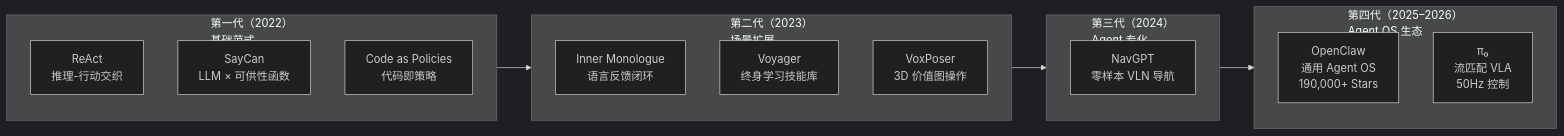
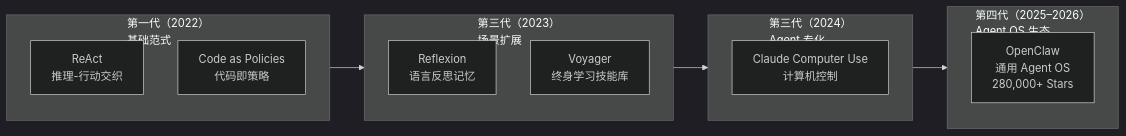
One commit to TingdeLiu/tingdeliu.github.io changed the seventh of 10 diagrams in _posts/2026-03-05-Agent-Navigation-Survey.md. Above: the diagram before and after it, drawn with Mermaid (dark theme). The commit also changed other lines of this file, not shown here.

First line of the commit message:
Restructure Agent post as comprehensive AI Agent survey

````diff
--- a/_posts/2026-03-05-Agent-Navigation-Survey.md
+++ b/_posts/2026-03-05-Agent-Navigation-Survey.md
@@ -574,25 +310,22 @@
 ```mermaid
 flowchart LR
     subgraph Gen1["第一代（2022）\n基础范式"]
         R["ReAct\n推理-行动交织"]
-        SC["SayCan\nLLM × 可供性函数"]
         CAP["Code as Policies\n代码即策略"]
     end
 
-    subgraph Gen2["第二代（2023）\n场景扩展"]
-        IM["Inner Monologue\n语言反馈闭环"]
+    subgraph Gen2["第三代（2023）\n场景扩展"]
+        REF["Reflexion\n语言反思记忆"]
         VOY["Voyager\n终身学习技能库"]
-        VP["VoxPoser\n3D 价值图操作"]
     end
 
     subgraph Gen3["第三代（2024）\nAgent 专化"]
-        NG["NavGPT\n零样本 VLN 导航"]
+        CUA["Claude Computer Use\n计算机控制"]
     end
 
     subgraph Gen4["第四代（2025–2026）\nAgent OS 生态"]
-        OC["OpenClaw\n通用 Agent OS\n190,000+ Stars"]
-        PI["π₀\n流匹配 VLA\n50Hz 控制"]
+        OC["OpenClaw\n通用 Agent OS\n280,000+ Stars"]
     end
 
     Gen1 --> Gen2 --> Gen3 --> Gen4
 ```
````
